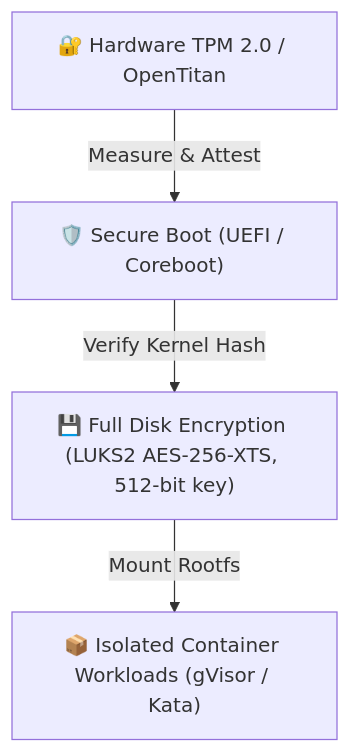
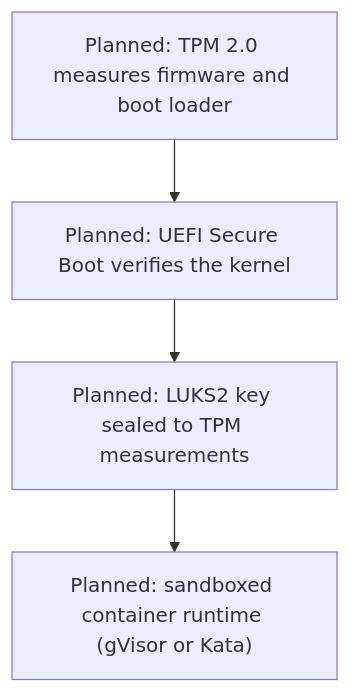
Before and after one commit to iliachry/sovereign-mini-datacenter: the fourth of 4 diagrams in COMPLIANCE.md, drawn with Mermaid. The commit also changed other lines of this file and 91 other files, not shown here.

````diff
--- a/COMPLIANCE.md
+++ b/COMPLIANCE.md
@@ -104,6 +156,6 @@
 ```mermaid
 flowchart TD
-    TPM["🔐 Hardware TPM 2.0 / OpenTitan"] -->|Measure & Attest| SB["🛡️ Secure Boot (UEFI / Coreboot)"]
-    SB -->|Verify Kernel Hash| LUKS["💾 Full Disk Encryption (LUKS2 AES-256-XTS, 512-bit key)"]
-    LUKS -->|Mount Rootfs| DOCKER["📦 Isolated Container Workloads (gVisor / Kata)"]
+    TPM["Planned: TPM 2.0 measures firmware and boot loader"] --> SB["Planned: UEFI Secure Boot verifies the kernel"]
+    SB --> LUKS["Planned: LUKS2 key sealed to TPM measurements"]
+    LUKS --> RT["Planned: sandboxed container runtime (gVisor or Kata)"]
 ```
````
